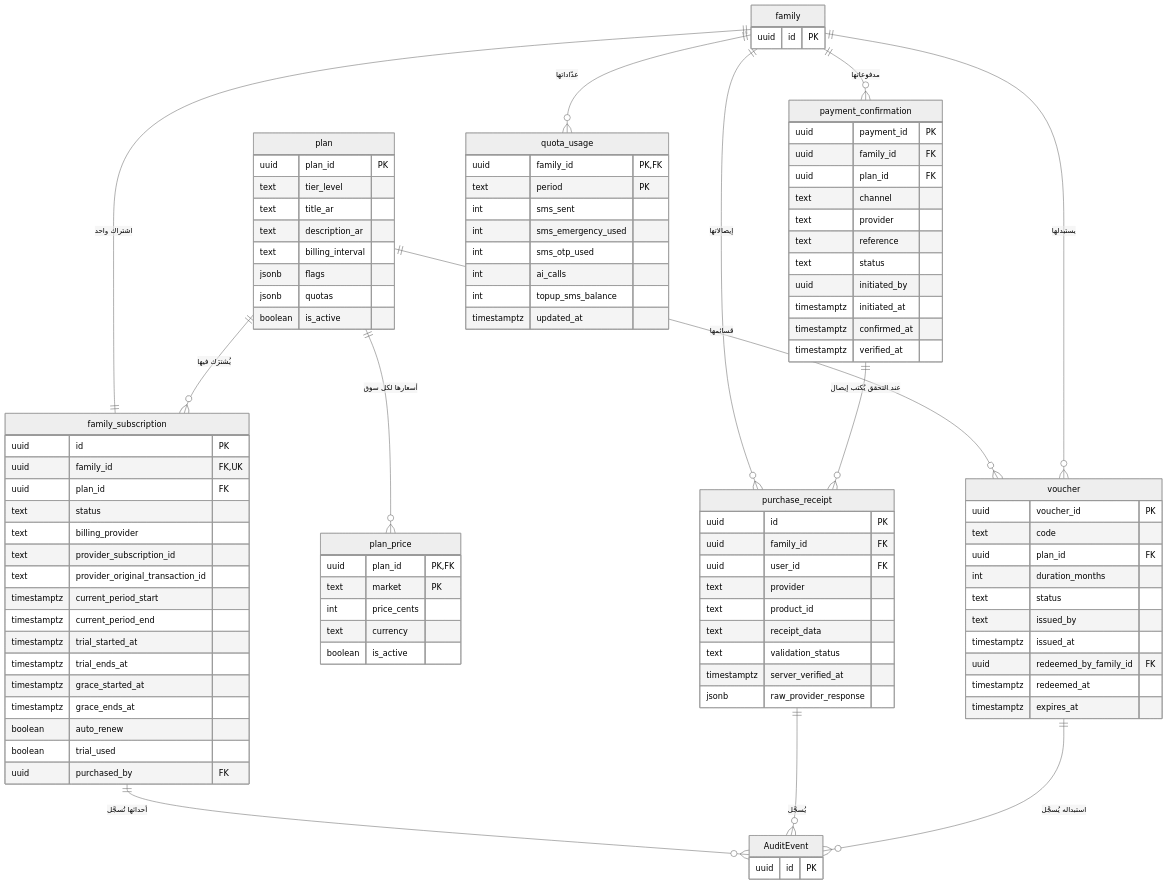
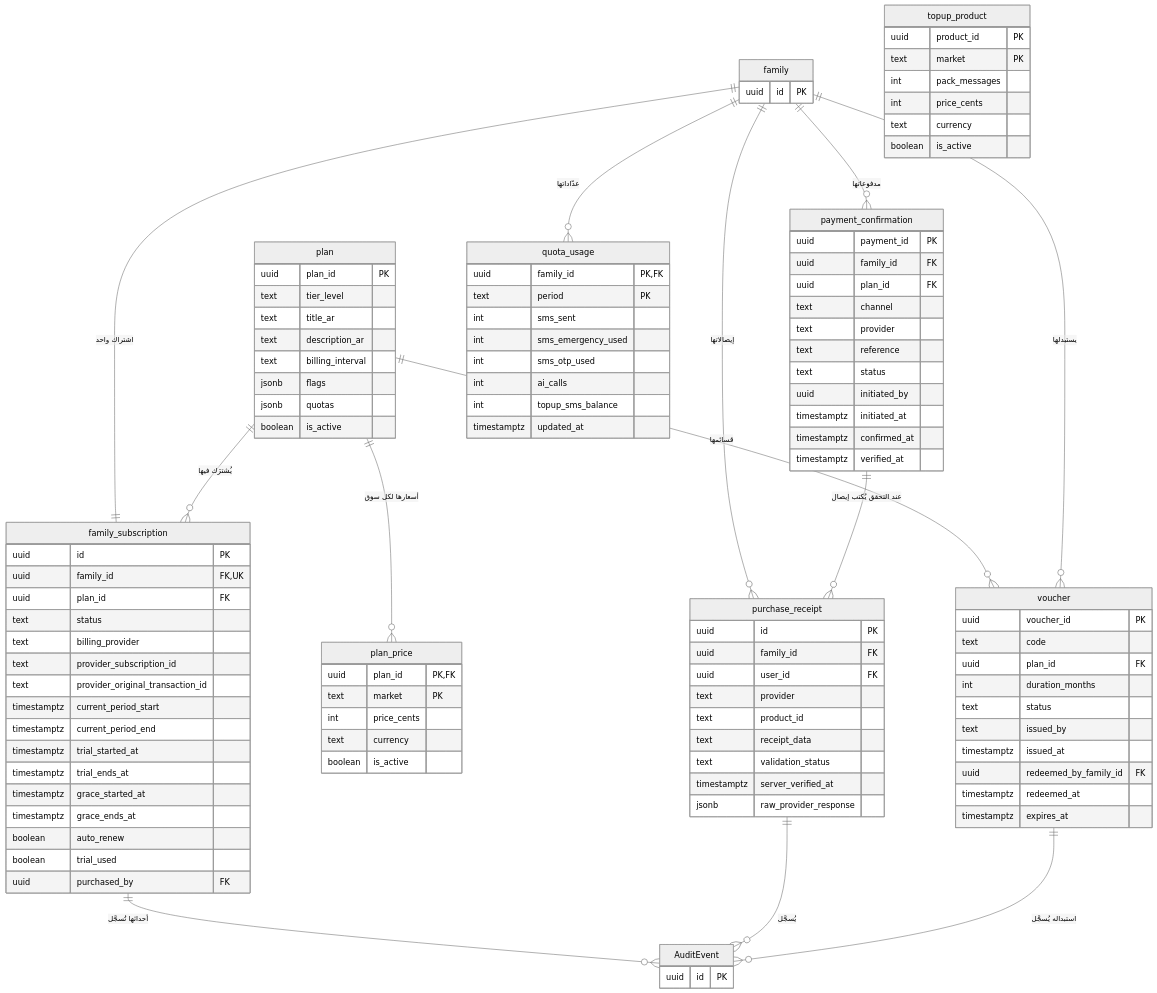
Before and after one commit to Bassam-mohammed-alqaeadi/family-os-v2: the second of 13 diagrams in docs/family-os/governance/phases/phase-1/S1-04-plans-and-subscriptions/DIAGRAMS.md, drawn with Mermaid (neutral theme). The commit also changed other lines of this file and 1 other file, not shown here.

First line of the commit message:
S1-04: add topup_product table, price read from catalog (R2-S104-11, Q-270)

```diff
--- a/docs/family-os/governance/phases/phase-1/S1-04-plans-and-subscriptions/DIAGRAMS.md
+++ b/docs/family-os/governance/phases/phase-1/S1-04-plans-and-subscriptions/DIAGRAMS.md
@@ -103,6 +103,14 @@
     plan_price {
         uuid plan_id PK, FK
         text market PK
+        int price_cents
+        text currency
+        boolean is_active
+    }
+    topup_product {
+        uuid product_id PK
+        text market PK
+        int pack_messages
         int price_cents
         text currency
         boolean is_active
```
